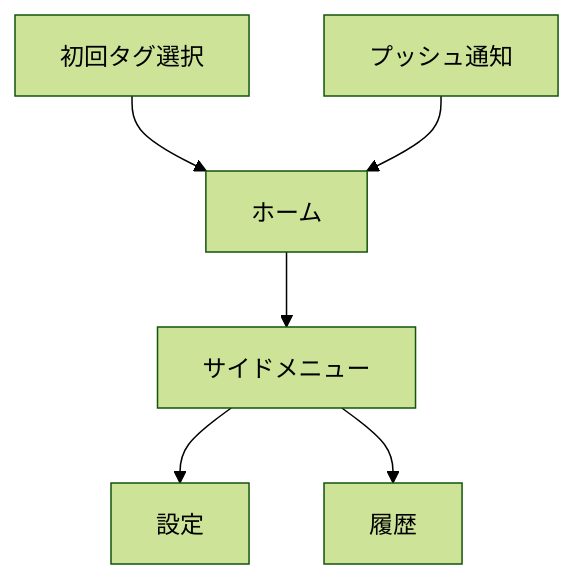
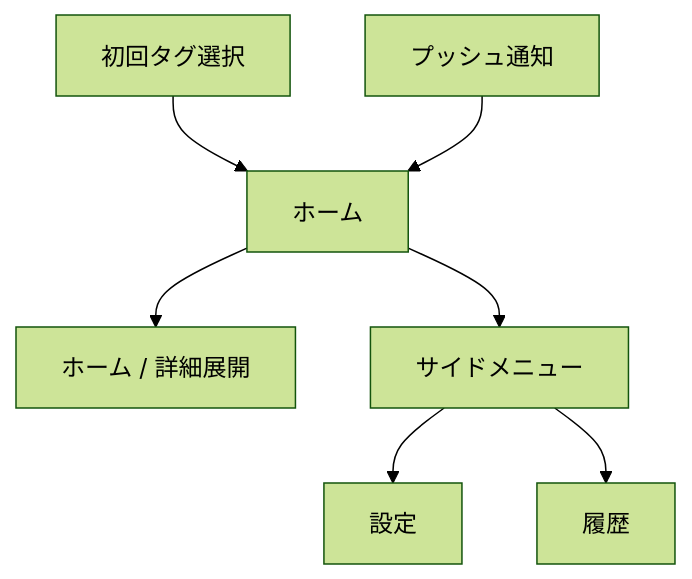
The second of 2 diagrams in basic_design.md (tokyo-plus/tokyo-plus-spec), drawn with Mermaid (forest theme) before and after one commit. The commit also changed other lines of this file and 1 other file, not shown here.

````diff
--- a/basic_design.md
+++ b/basic_design.md
@@ -868,14 +868,16 @@
 ```mermaid
 flowchart TD
   Onboarding[初回タグ選択]
   Home[ホーム]
+  HomeExpanded[ホーム / 詳細展開]
   Menu[サイドメニュー]
   Settings[設定]
   History[履歴]
   Onboarding --> Home
+  Home --> HomeExpanded
   Home --> Menu
   Menu --> Settings
   Menu --> History
   Notification[プッシュ通知]
   Notification --> Home
 ```
````
